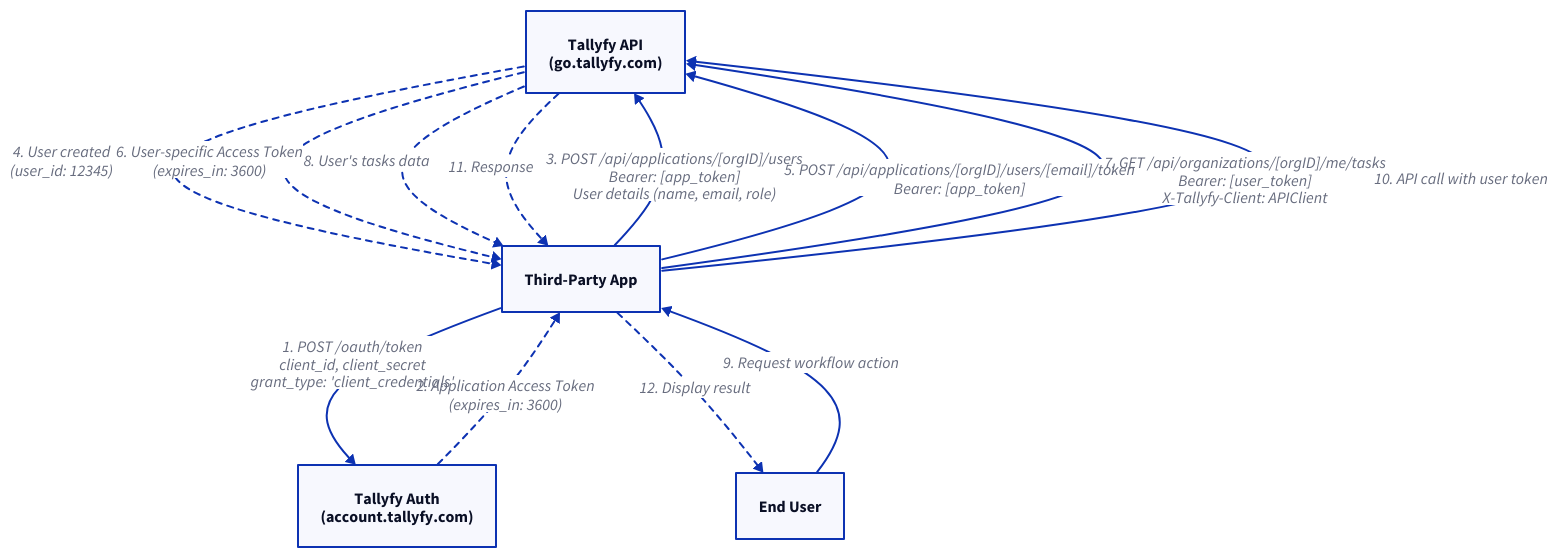
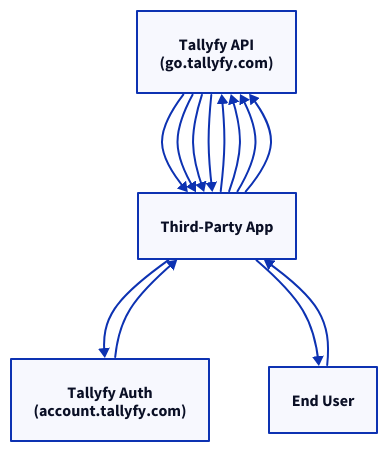
Before and after one commit to tallyfy/documentation: the diagram in src/content/docs/pro/integrations/open-api/access-api-as-a-third-party-application-instead-of-a-user.mdx, drawn with D2. The commit also changed other lines of this file and 605 other files, not shown here.

````diff
--- a/src/content/docs/pro/integrations/open-api/access-api-as-a-third-party-application-instead-of-a-user.mdx
+++ b/src/content/docs/pro/integrations/open-api/access-api-as-a-third-party-application-instead-of-a-user.mdx
@@ -45,34 +46,18 @@
 ```d2
-API: "API"
-App: "App"
-Auth: "Auth"
-User: "User"
+API: Tallyfy API\n(go.tallyfy.com)
 App: Third-Party App
 Auth: Tallyfy Auth\n(account.tallyfy.com)
-API: Tallyfy API\n(go.tallyfy.com)
 User: End User
-
-# OAuth 2.0 Client Credentials Flow
-
-# Step 1: Get App Token
-App -> Auth: "1. POST /oauth/token\nclient_id, client_secret\ngrant_type: 'client_credentials'"
-Auth -> App: "2. Application Access Token\n(expires_in: 3600)" {style.stroke-dash: 3}
-
-# Step 2: Provision User
-App -> API: "3. POST /api/applications/[orgID]/users\nBearer: [app_token]\nUser details (name, email, role)"
-API -> App: "4. User created\n(user_id: 12345)" {style.stroke-dash: 3}
-
-# Step 3: Get User Token
-App -> API: "5. POST /api/applications/[orgID]/users/[email]/token\nBearer: [app_token]"
-API -> App: "6. User-specific Access Token\n(expires_in: 3600)" {style.stroke-dash: 3}
-
-# Step 4: Act on behalf of user
-App -> API: "7. GET /api/organizations/[orgID]/me/tasks\nBearer: [user_token]\nX-Tallyfy-Client: APIClient"
-API -> App: "8. User's tasks data" {style.stroke-dash: 3}
-
-# User interacts with third-party app
-User -> App: "9. Request workflow action"
-App -> API: "10. API call with user token"
-API -> App: "11. Response" {style.stroke-dash: 3}
-App -> User: "12. Display result" {style.stroke-dash: 3}
+App -> Auth
+Auth -> App
+App -> API
+API -> App
+App -> API
+API -> App
+App -> API
+API -> App
+User -> App
+App -> API
+API -> App
+App -> User
 ```
````
